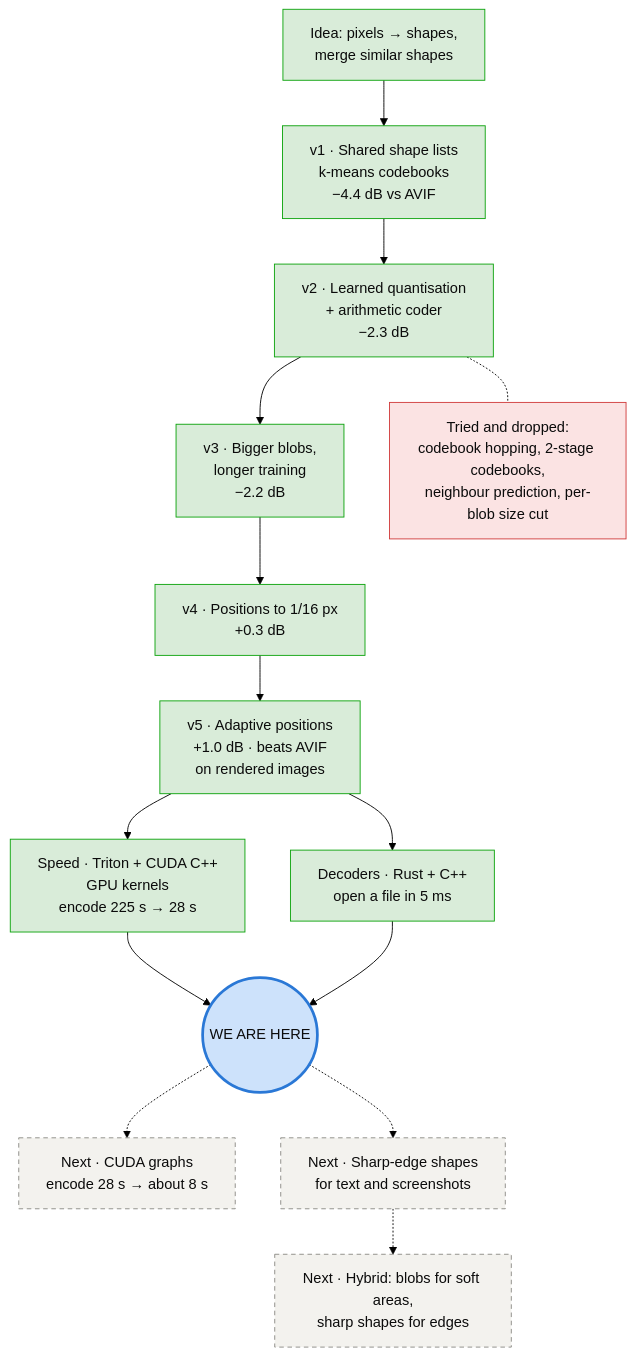
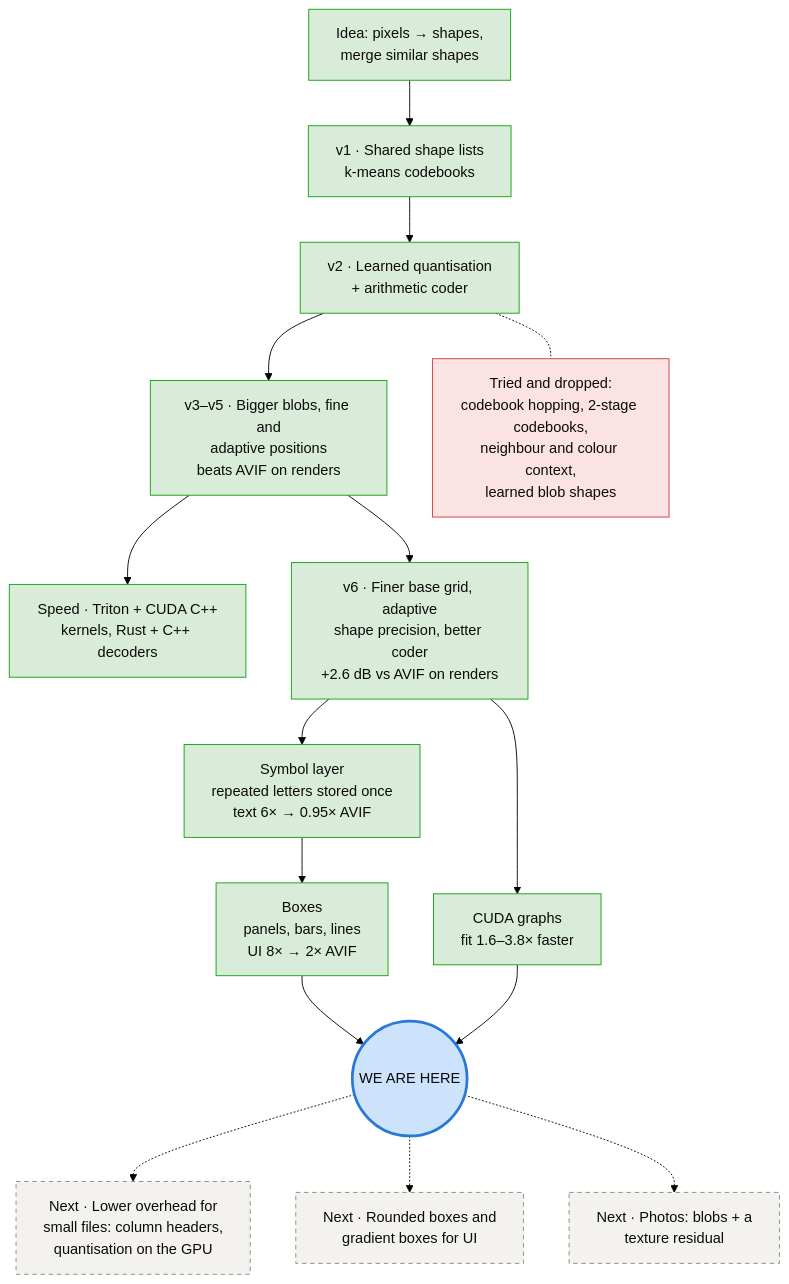
The second of 2 diagrams in README.md (gokul0pv/Vectorization---a-try), drawn with Mermaid (forest theme) before and after one commit. The commit also changed other lines of this file and 34 other files, not shown here.

First line of the commit message:
Docs, charts and samples for v6: boxes, symbols, JPEG XL, Kodak

````diff
--- a/README.md
+++ b/README.md
@@ -65,28 +79,31 @@
 ```mermaid
 flowchart TB
     classDef done fill:#d9ecd9,stroke:#0ca30c,color:#0b0b0b
     classDef now fill:#cde2fb,stroke:#2a78d6,color:#0b0b0b,stroke-width:3px
     classDef next fill:#f3f2ee,stroke:#8a8984,color:#0b0b0b,stroke-dasharray:5 4
     classDef drop fill:#fbe3e3,stroke:#d03b3b,color:#0b0b0b
 
     I[Idea: pixels → shapes,<br/>merge similar shapes]:::done
-    V1[v1 · Shared shape lists<br/>k-means codebooks<br/>−4.4 dB vs AVIF]:::done
-    V2[v2 · Learned quantisation<br/>+ arithmetic coder<br/>−2.3 dB]:::done
-    V3[v3 · Bigger blobs,<br/>longer training<br/>−2.2 dB]:::done
-    V4[v4 · Positions to 1/16 px<br/>+0.3 dB]:::done
-    V5[v5 · Adaptive positions<br/>+1.0 dB · beats AVIF<br/>on rendered images]:::done
-    S1[Speed · Triton + CUDA C++<br/>GPU kernels<br/>encode 225 s → 28 s]:::done
-    S2[Decoders · Rust + C++<br/>open a file in 5 ms]:::done
+    V1[v1 · Shared shape lists<br/>k-means codebooks]:::done
+    V2[v2 · Learned quantisation<br/>+ arithmetic coder]:::done
+    V5[v3–v5 · Bigger blobs, fine and<br/>adaptive positions<br/>beats AVIF on renders]:::done
+    S1[Speed · Triton + CUDA C++<br/>kernels, Rust + C++ decoders]:::done
+    V6[v6 · Finer base grid, adaptive<br/>shape precision, better coder<br/>+2.6 dB vs AVIF on renders]:::done
+    SY[Symbol layer<br/>repeated letters stored once<br/>text 6× → 0.95× AVIF]:::done
+    BX[Boxes<br/>panels, bars, lines<br/>UI 8× → 2× AVIF]:::done
+    SP[CUDA graphs<br/>fit 1.6–3.8× faster]:::done
     NOW((WE ARE HERE)):::now
-    N1[Next · CUDA graphs<br/>encode 28 s → about 8 s]:::next
-    N2[Next · Sharp-edge shapes<br/>for text and screenshots]:::next
-    N3[Next · Hybrid: blobs for soft areas,<br/>sharp shapes for edges]:::next
-    X1[Tried and dropped:<br/>codebook hopping, 2-stage codebooks,<br/>neighbour prediction, per-blob size cut]:::drop
+    N1[Next · Lower overhead for<br/>small files: column headers,<br/>quantisation on the GPU]:::next
+    N2[Next · Rounded boxes and<br/>gradient boxes for UI]:::next
+    N3[Next · Photos: blobs + a<br/>texture residual]:::next
+    X1[Tried and dropped:<br/>codebook hopping, 2-stage codebooks,<br/>neighbour and colour context,<br/>learned blob shapes]:::drop
 
-    I --> V1 --> V2 --> V3 --> V4 --> V5
-    V5 --> S1 --> NOW
-    V5 --> S2 --> NOW
+    I --> V1 --> V2 --> V5 --> V6
+    V5 --> S1
+    V6 --> SY --> BX --> NOW
+    V6 --> SP --> NOW
     V2 -.- X1
     NOW -.-> N1
-    NOW -.-> N2 -.-> N3
+    NOW -.-> N2
+    NOW -.-> N3
 ```
````
